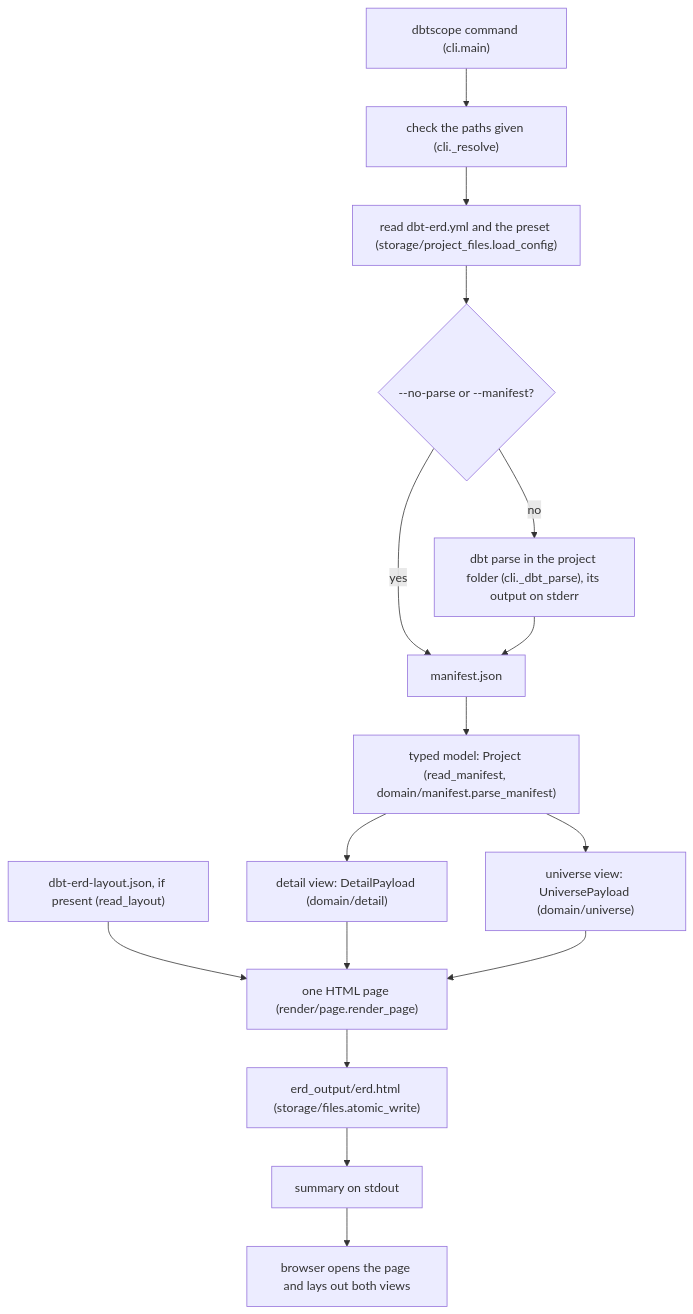
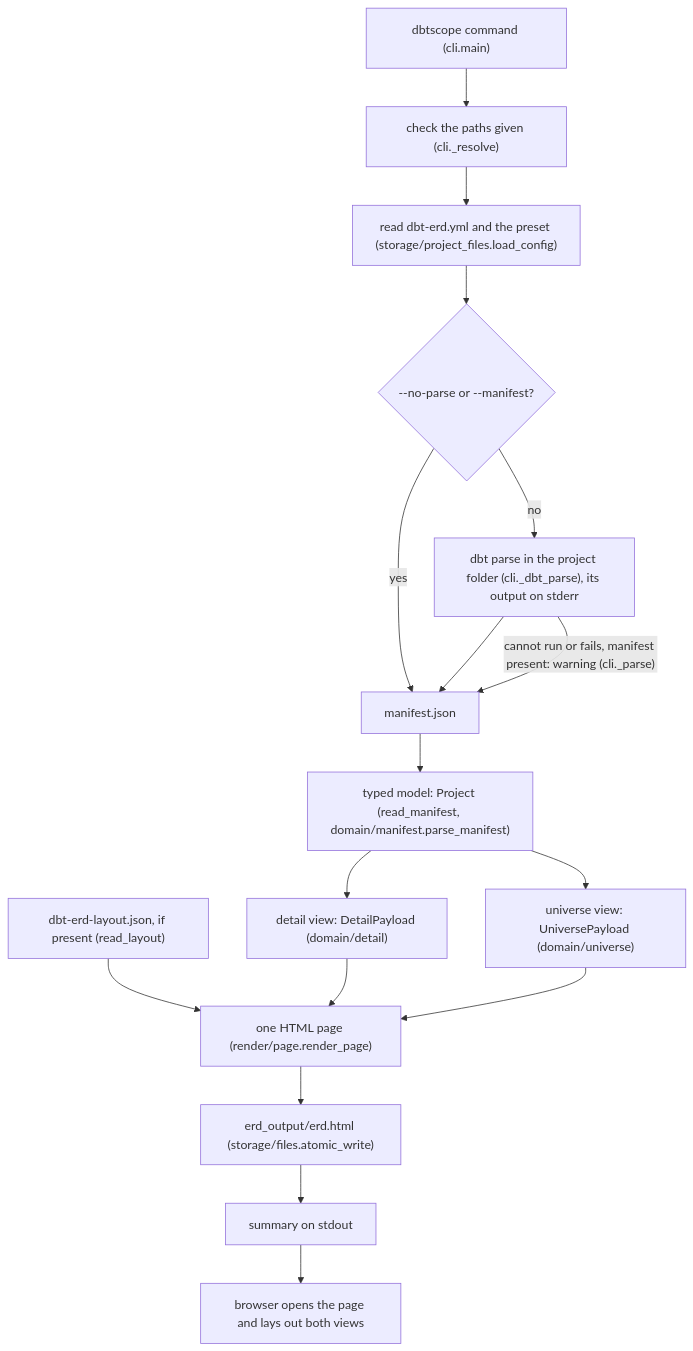
One commit to christophebnx/dbtscope changed the first of 2 diagrams in docs/architecture.md. Above: the diagram before and after it, drawn with Mermaid. The commit also changed other lines of this file and 10 other files, not shown here.

First line of the commit message:
feat(cli): fall back to the earlier manifest when dbt parse fails

````diff
--- a/docs/architecture.md
+++ b/docs/architecture.md
@@ -33,18 +33,19 @@
 ```mermaid
 flowchart TD
     A["dbtscope command (cli.main)"] --> B["check the paths given (cli._resolve)"]
     B --> C["read dbt-erd.yml and the preset (storage/project_files.load_config)"]
     C --> D{"--no-parse or --manifest?"}
     D -- no --> E["dbt parse in the project folder (cli._dbt_parse), its output on stderr"]
     D -- yes --> F["manifest.json"]
     E --> F
+    E -- "cannot run or fails, manifest present: warning (cli._parse)" --> F
     F --> G["typed model: Project (read_manifest, domain/manifest.parse_manifest)"]
     G --> H["detail view: DetailPayload (domain/detail)"]
     G --> I["universe view: UniversePayload (domain/universe)"]
     L["dbt-erd-layout.json, if present (read_layout)"] --> J
     H --> J["one HTML page (render/page.render_page)"]
     I --> J
     J --> K["erd_output/erd.html (storage/files.atomic_write)"]
     K --> S["summary on stdout"]
     S --> W["browser opens the page and lays out both views"]
 ```
````
